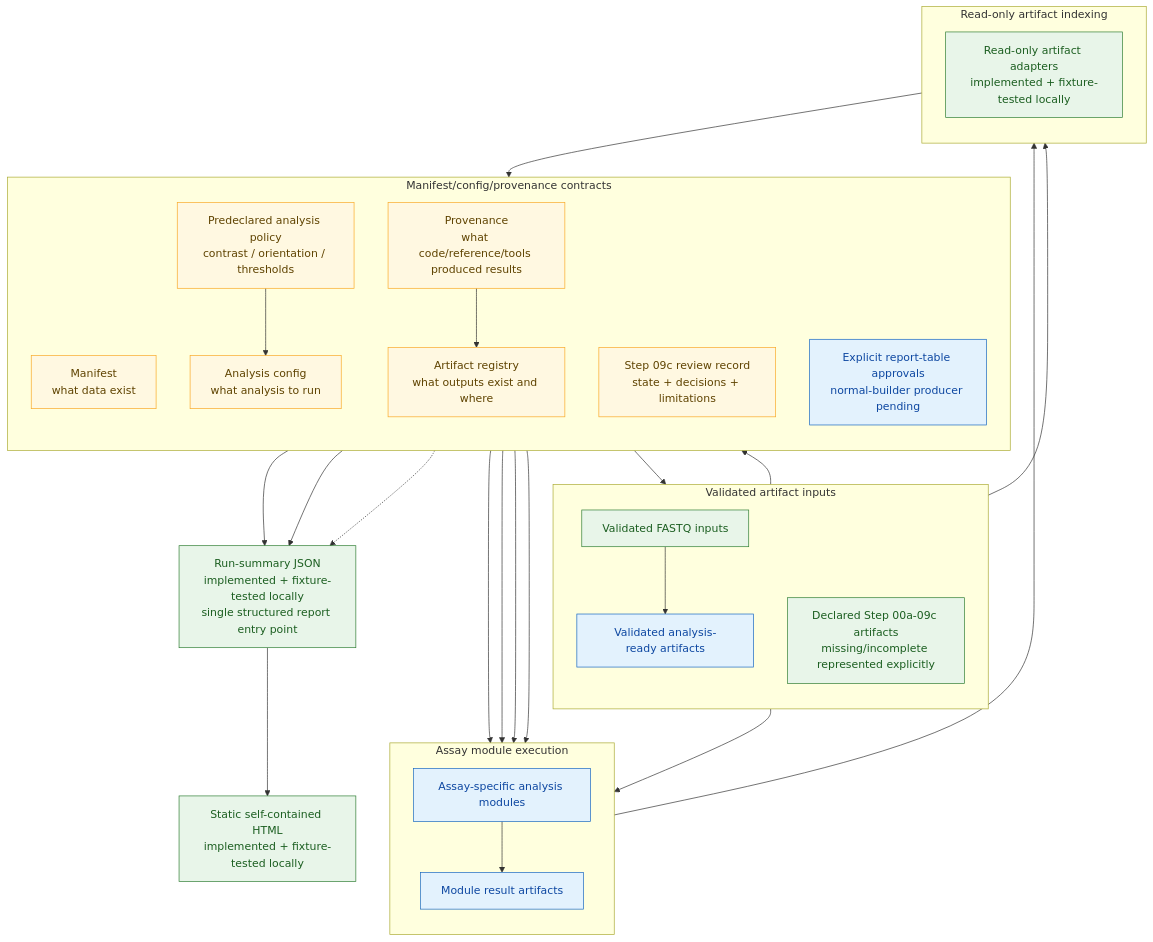
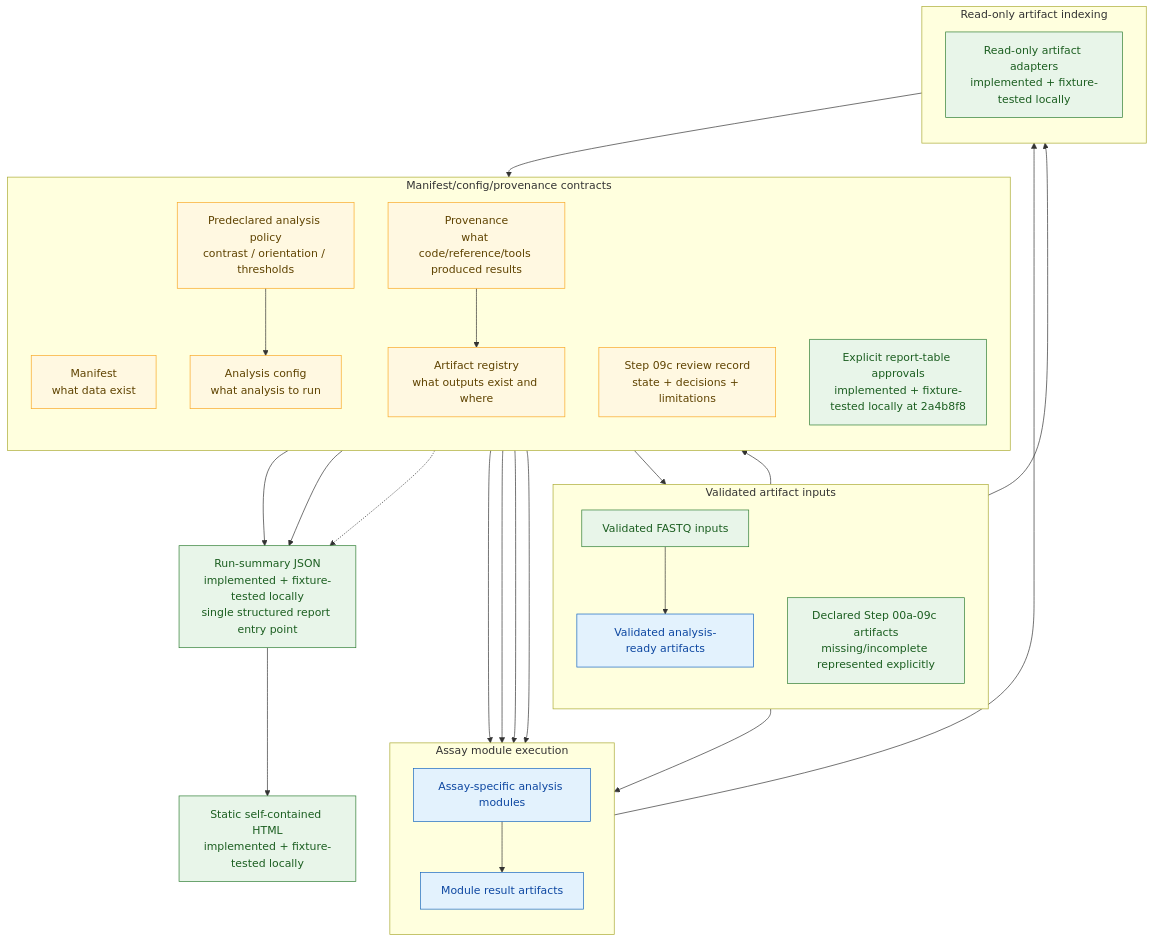
Before and after one commit to lab-cats/EMRYS: the third of 4 diagrams in docs/architecture/FUTURE_ARCHITECTURE.md, drawn with Mermaid. The commit also changed other lines of this file and 18 other files, not shown here.

Commit message:
report table approvals docpatch

````diff
--- a/docs/architecture/FUTURE_ARCHITECTURE.md
+++ b/docs/architecture/FUTURE_ARCHITECTURE.md
@@ -217,56 +220,56 @@
 ```mermaid
 flowchart TD
     classDef current fill:#e8f5e9,stroke:#2e7d32,color:#1b5e20
     classDef future fill:#e3f2fd,stroke:#1565c0,color:#0d47a1
     classDef contract fill:#fff8e1,stroke:#f9a825,color:#5f4300
     classDef reporting fill:#f3e5f5,stroke:#6a1b9a,color:#4a148c
 
     subgraph contracts["Manifest/config/provenance contracts"]
         direction TB
         manifest["Manifest<br/>what data exist"]
         config["Analysis config<br/>what analysis to run"]
         policy["Predeclared analysis policy<br/>contrast / orientation / thresholds"]
         review["Step 09c review record<br/>state + decisions + limitations"]
         provenance["Provenance<br/>what code/reference/tools produced results"]
         registry["Artifact registry<br/>what outputs exist and where"]
-        report_approval["Explicit report-table approvals<br/>normal-builder producer pending"]
+        report_approval["Explicit report-table approvals<br/>implemented + fixture-tested locally at 2a4b8f8"]
     end
 
     subgraph artifacts["Validated artifact inputs"]
         direction TB
         fastqs["Validated FASTQ inputs"]
         ready["Validated analysis-ready artifacts"]
         existing["Declared Step 00a-09c artifacts<br/>missing/incomplete represented explicitly"]
     end
 
     subgraph modules["Assay module execution"]
         direction TB
         module["Assay-specific analysis modules"]
         results["Module result artifacts"]
     end
 
     subgraph indexing["Read-only artifact indexing"]
         direction TB
         adapters["Read-only artifact adapters<br/>implemented + fixture-tested locally"]
     end
 
     manifest --> fastqs --> ready
     manifest --> module
     config --> module
     policy --> config
     policy --> module
     ready --> module
     provenance --> module
     module --> results --> adapters --> registry
     existing --> adapters
     existing --> review
     provenance --> registry
     registry --> reports["Run-summary JSON<br/>implemented + fixture-tested locally<br/>single structured report entry point"]
     review --> reports
     report_approval -.-> reports
     reports --> html_report["Static self-contained HTML<br/>implemented + fixture-tested locally"]
 
     class manifest,config,policy,review,provenance,registry contract
-    class fastqs,existing,adapters,reports,html_report current
-    class ready,module,results,report_approval future
+    class fastqs,existing,adapters,reports,html_report,report_approval current
+    class ready,module,results future
 ```
````
